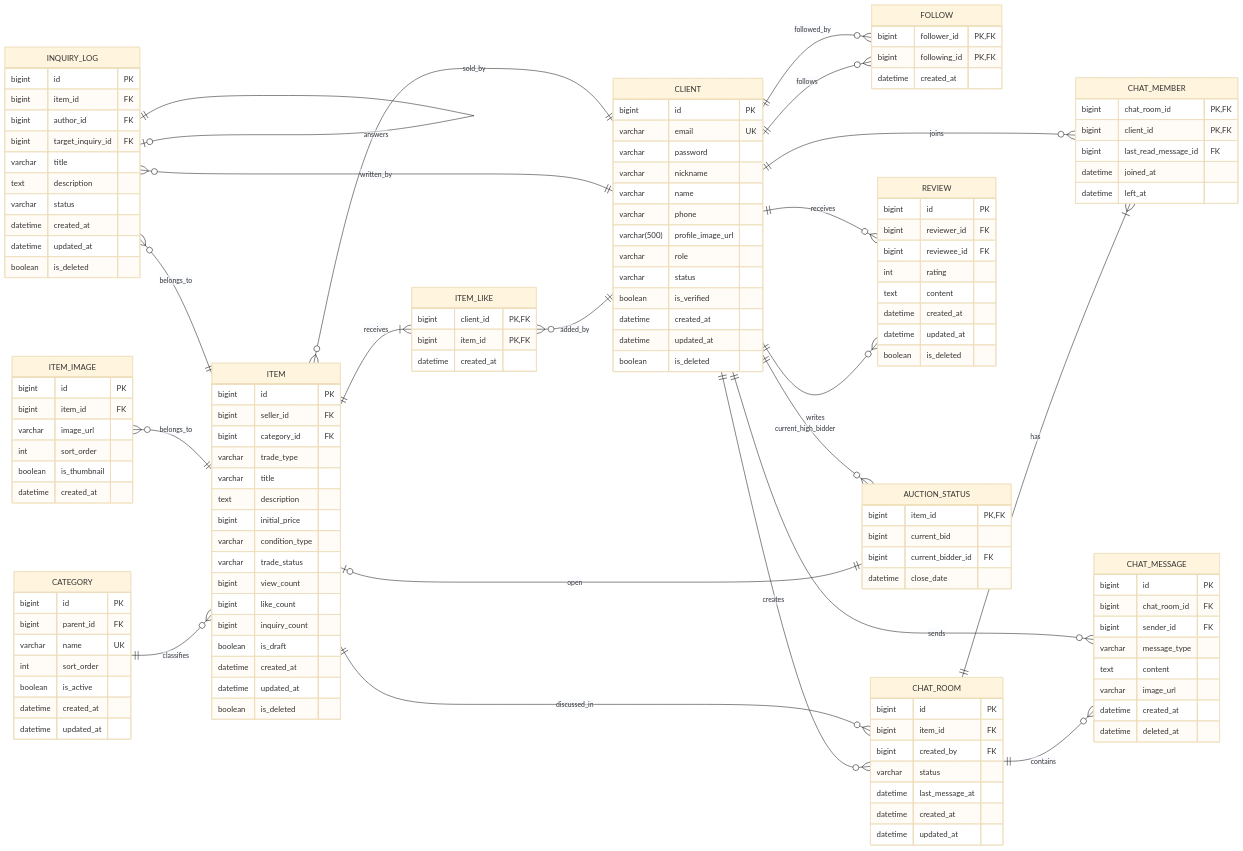
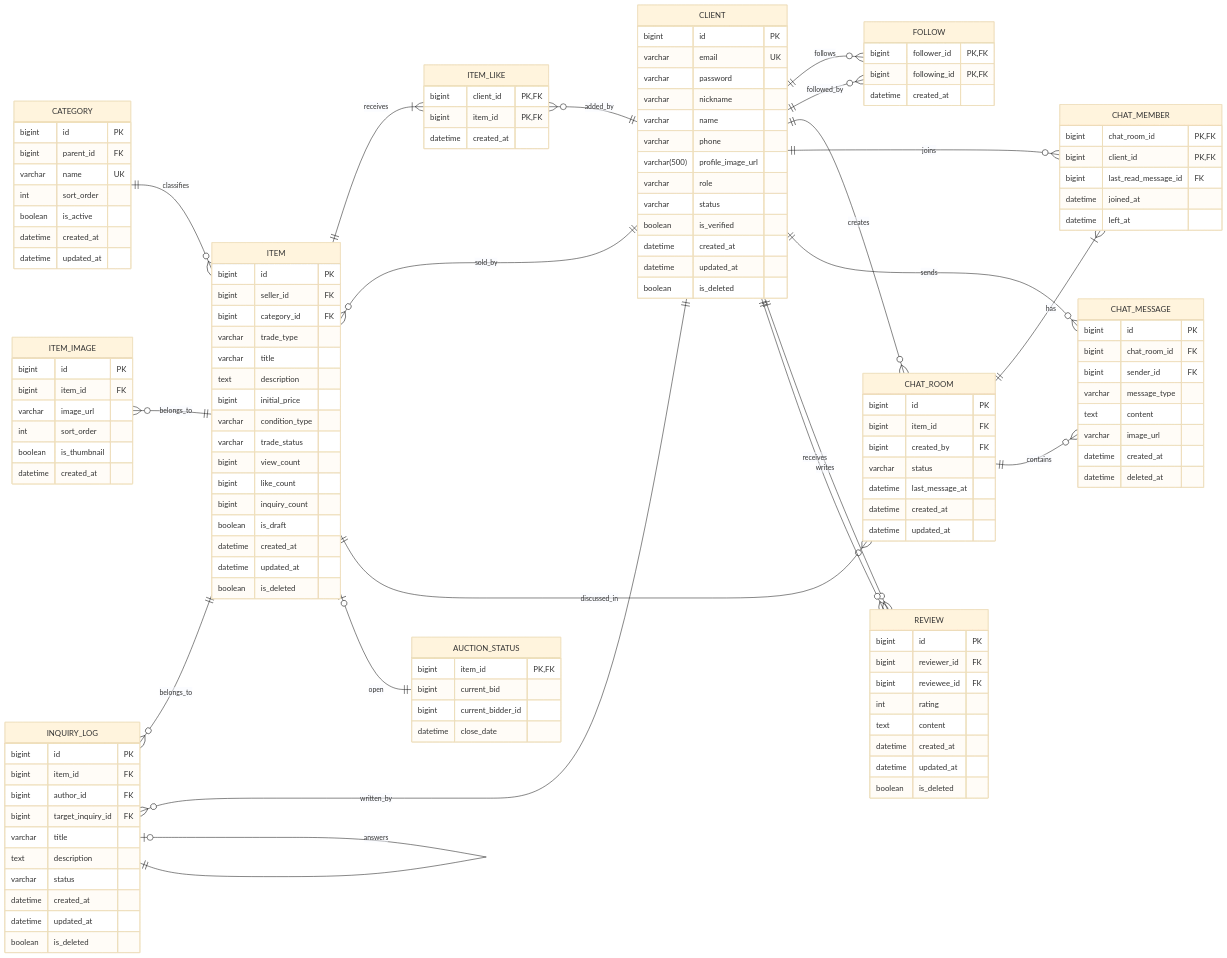
Before and after one commit to pcb2002/Cabbage-Market-10: the diagram in docs/ERD.md, drawn with Mermaid (base theme). The commit also changed other lines of this file and 4 other files, not shown here.

````diff
--- a/docs/ERD.md
+++ b/docs/ERD.md
@@ -28,8 +28,6 @@
     client ||--o{ review : receives
 
     item |o--|| auctionStatus : open
-    client ||--o{ auctionStatus : current_high_bidder
-
     inquiry |o--|| inquiry : answers
 
     client["CLIENT"] {
@@ -154,7 +152,7 @@
     auctionStatus["AUCTION_STATUS"] {
         bigint item_id PK,FK
         bigint current_bid
-        bigint current_bidder_id FK
+        bigint current_bidder_id
         datetime close_date
     }
 ```
````
